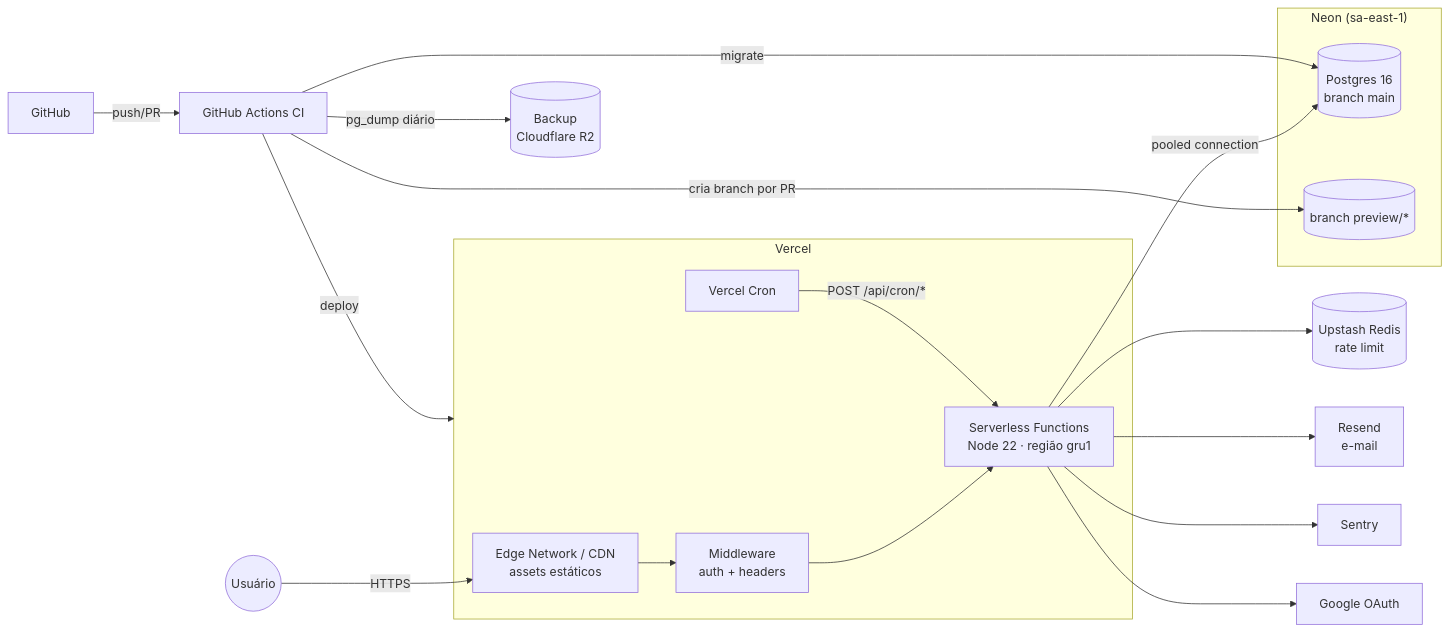
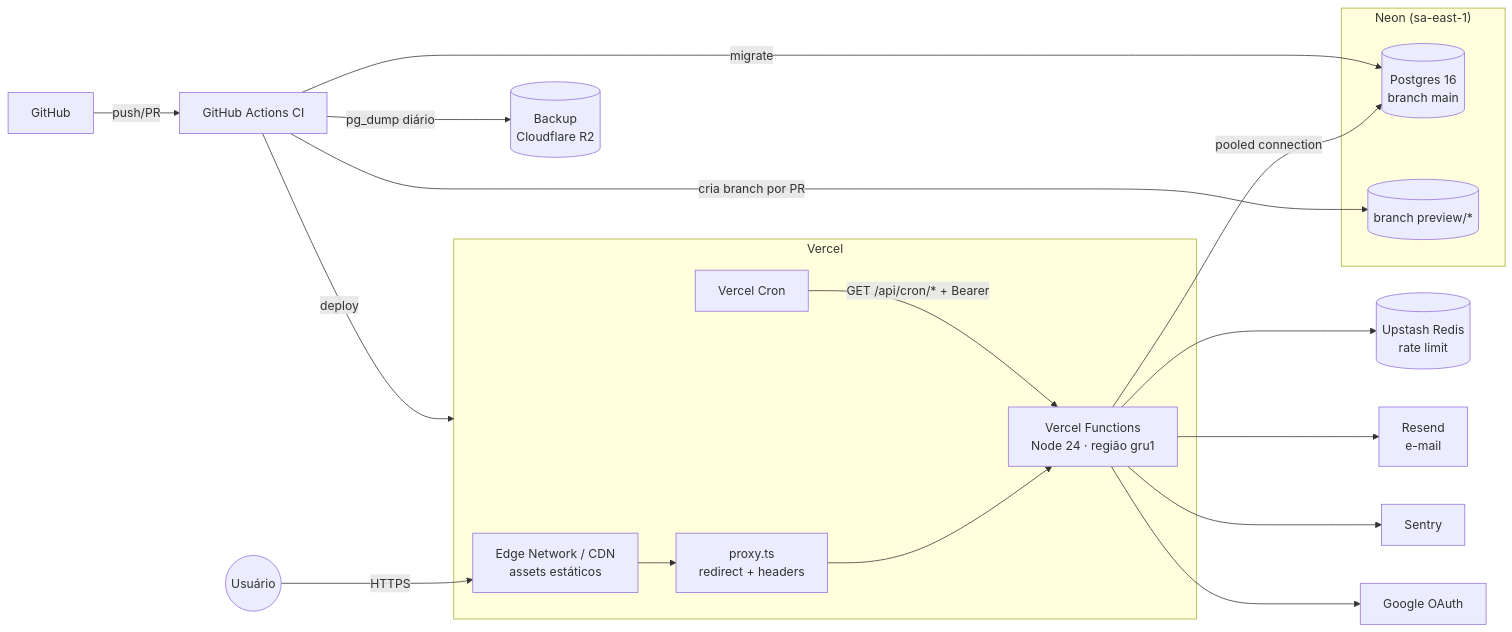
Before and after one commit to 77mdias/finflow: the third of 4 diagrams in docs/ARCHITECTURE.md, drawn with Mermaid. The commit also changed other lines of this file and 12 other files, not shown here.

First line of the commit message:
docs: add software architecture, database model, API spec and integrations

````diff
--- a/docs/ARCHITECTURE.md
+++ b/docs/ARCHITECTURE.md
@@ -255,30 +260,30 @@
 ```mermaid
 flowchart LR
     U((Usuário)) -->|HTTPS| CDN
 
     subgraph Vercel
         CDN[Edge Network / CDN<br/>assets estáticos]
-        MW[Middleware<br/>auth + headers]
-        FN[Serverless Functions<br/>Node 22 · região gru1]
+        MW[proxy.ts<br/>redirect + headers]
+        FN[Vercel Functions<br/>Node 24 · região gru1]
         CR[Vercel Cron]
     end
 
     subgraph Neon["Neon (sa-east-1)"]
         PG[(Postgres 16<br/>branch main)]
         PGB[(branch preview/*)]
     end
 
     CDN --> MW --> FN
-    CR -->|POST /api/cron/*| FN
+    CR -->|GET /api/cron/* + Bearer| FN
     FN -->|pooled connection| PG
     FN --> UP[(Upstash Redis<br/>rate limit)]
     FN --> RS[Resend<br/>e-mail]
     FN --> SE[Sentry]
     FN --> GO[Google OAuth]
 
     GH[GitHub] -->|push/PR| GA[GitHub Actions CI]
     GA -->|deploy| Vercel
     GA -->|migrate| PG
     GA -->|cria branch por PR| PGB
     GA -->|pg_dump diário| S3[(Backup<br/>Cloudflare R2)]
 ```
````
